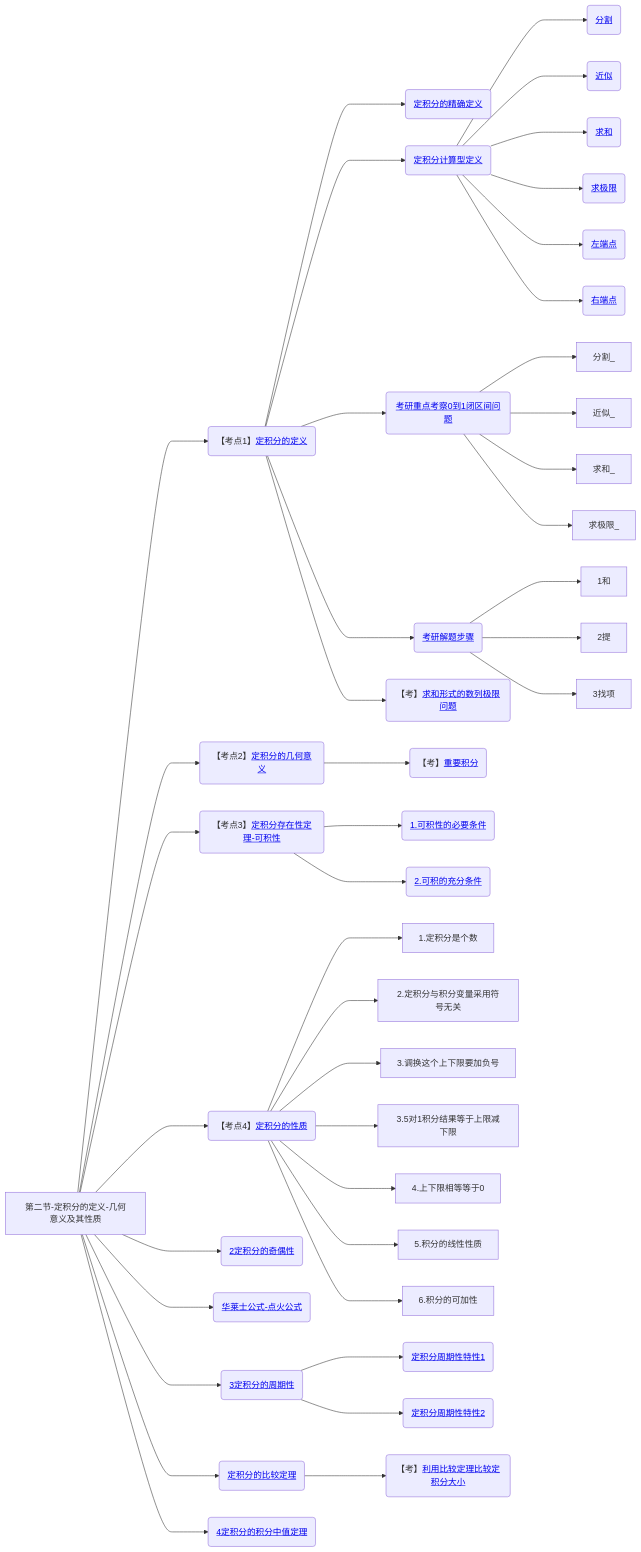
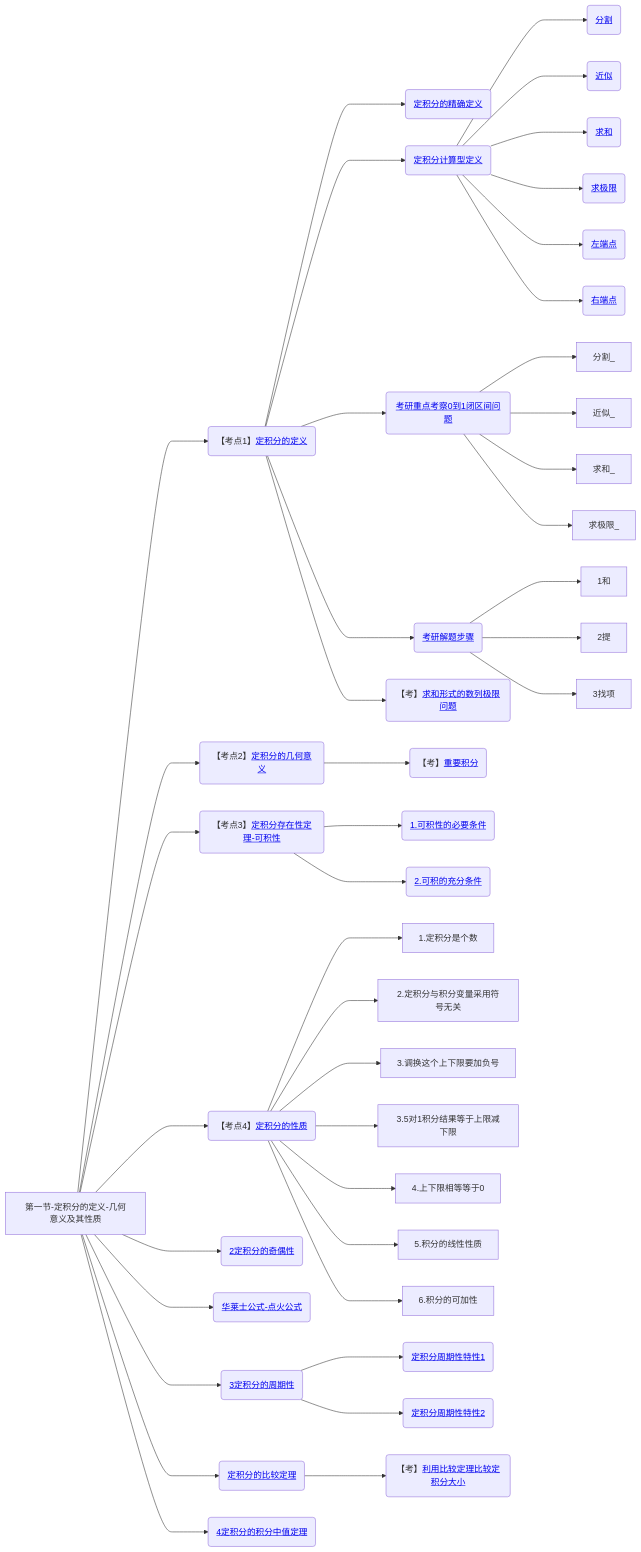
One commit to yuebinghui/note changed diagram 19 of 20 in 笔记/数学/周洋鑫/01.基础班思维导图.md. Above: the diagram before and after it, drawn with Mermaid. The commit also changed other lines of this file and 4 other files, not shown here.

````diff
--- a/笔记/数学/周洋鑫/01.基础班思维导图.md
+++ b/笔记/数学/周洋鑫/01.基础班思维导图.md
@@ -694,60 +694,60 @@
 ```mermaid
 graph LR
-第二节-定积分的定义-几何意义及其性质
+第一节-定积分的定义-几何意义及其性质
 
-第二节-定积分的定义-几何意义及其性质--->定积分的定义(【考点1】<a href="/Users/yuebinghui/Documents/program/github/note/笔记/数学/周洋鑫/基础班/21.定积分的定义.md#定积分的定义">定积分的定义</>)
+第一节-定积分的定义-几何意义及其性质--->定积分的定义(【考点1】<a href="/Users/yuebinghui/Documents/program/github/note/笔记/数学/周洋鑫/基础班/21.定积分的定义.md#定积分的定义">定积分的定义</>)
 
 定积分的定义--->定积分的精确定义(<a href="/Users/yuebinghui/Documents/program/github/note/笔记/数学/周洋鑫/基础班/21.定积分的定义.md#定积分的精确定义">定积分的精确定义</>)
 定积分的精确定义
 定积分的定义--->定积分计算型定义(<a href="/Users/yuebinghui/Documents/program/github/note/笔记/数学/周洋鑫/基础班/21.定积分的定义.md#定积分计算型定义">定积分计算型定义</>)
 定积分计算型定义--->分割(<a href="/Users/yuebinghui/Documents/program/github/note/笔记/数学/周洋鑫/基础班/21.定积分的定义.md#分割">分割</>)
 定积分计算型定义--->近似(<a href="/Users/yuebinghui/Documents/program/github/note/笔记/数学/周洋鑫/基础班/21.定积分的定义.md#近似">近似</>)
 定积分计算型定义--->求和(<a href="/Users/yuebinghui/Documents/program/github/note/笔记/数学/周洋鑫/基础班/21.定积分的定义.md#求和">求和</>)
 定积分计算型定义--->求极限(<a href="/Users/yuebinghui/Documents/program/github/note/笔记/数学/周洋鑫/基础班/21.定积分的定义.md#求极限">求极限</>)
 定积分计算型定义--->左端点(<a href="/Users/yuebinghui/Documents/program/github/note/笔记/数学/周洋鑫/基础班/21.定积分的定义.md#左端点">左端点</>)
 定积分计算型定义--->右端点(<a href="/Users/yuebinghui/Documents/program/github/note/笔记/数学/周洋鑫/基础班/21.定积分的定义.md#右端点">右端点</>)
 
 定积分的定义--->考研重点考察0到1闭区间问题(<a href="/Users/yuebinghui/Documents/program/github/note/笔记/数学/周洋鑫/基础班/21.定积分的定义.md#考研重点考察0到1闭区间问题">考研重点考察0到1闭区间问题</>)
 考研重点考察0到1闭区间问题--->分割_
 考研重点考察0到1闭区间问题--->近似_
 考研重点考察0到1闭区间问题--->求和_
 考研重点考察0到1闭区间问题--->求极限_
 
 定积分的定义--->考研解题步骤(<a href="/Users/yuebinghui/Documents/program/github/note/笔记/数学/周洋鑫/基础班/21.定积分的定义.md#考研解题步骤">考研解题步骤</>)
 考研解题步骤--->1和
 考研解题步骤--->2提
 考研解题步骤--->3找项
 
 定积分的定义--->求和形式的数列极限问题(【考】<a href="/Users/yuebinghui/Documents/program/github/note/笔记/数学/周洋鑫/基础班/21.定积分的定义.md#求和形式的数列极限问题">求和形式的数列极限问题</>)
 
-第二节-定积分的定义-几何意义及其性质--->定积分的几何意义(【考点2】<a href="/Users/yuebinghui/Documents/program/github/note/笔记/数学/周洋鑫/基础班/21.定积分的定义.md#定积分的几何意义">定积分的几何意义</>)
+第一节-定积分的定义-几何意义及其性质--->定积分的几何意义(【考点2】<a href="/Users/yuebinghui/Documents/program/github/note/笔记/数学/周洋鑫/基础班/21.定积分的定义.md#定积分的几何意义">定积分的几何意义</>)
 定积分的几何意义--->重要积分(【考】<a href="/Users/yuebinghui/Documents/program/github/note/笔记/数学/周洋鑫/基础班/21.定积分的定义.md#重要积分">重要积分</>)
 
-第二节-定积分的定义-几何意义及其性质--->定积分存在性定理-可积性(【考点3】<a href="/Users/yuebinghui/Documents/program/github/note/笔记/数学/周洋鑫/基础班/21.定积分的定义.md#定积分存在性定理-可积性">定积分存在性定理-可积性</>)
+第一节-定积分的定义-几何意义及其性质--->定积分存在性定理-可积性(【考点3】<a href="/Users/yuebinghui/Documents/program/github/note/笔记/数学/周洋鑫/基础班/21.定积分的定义.md#定积分存在性定理-可积性">定积分存在性定理-可积性</>)
 定积分存在性定理-可积性--->1.可积性的必要条件(<a href="/Users/yuebinghui/Documents/program/github/note/笔记/数学/周洋鑫/基础班/21.定积分的定义.md#1.可积性的必要条件">1.可积性的必要条件</>)
 定积分存在性定理-可积性--->2.可积的充分条件(<a href="/Users/yuebinghui/Documents/program/github/note/笔记/数学/周洋鑫/基础班/21.定积分的定义.md#2.可积的充分条件">2.可积的充分条件</>)
 
 
-第二节-定积分的定义-几何意义及其性质--->定积分的性质(【考点4】<a href="/Users/yuebinghui/Documents/program/github/note/笔记/数学/周洋鑫/基础班/21.定积分的定义.md#定积分的性质">定积分的性质</>)
+第一节-定积分的定义-几何意义及其性质--->定积分的性质(【考点4】<a href="/Users/yuebinghui/Documents/program/github/note/笔记/数学/周洋鑫/基础班/21.定积分的定义.md#定积分的性质">定积分的性质</>)
 
 定积分的性质--->1.定积分是个数
 定积分的性质--->2.定积分与积分变量采用符号无关
 定积分的性质--->3.调换这个上下限要加负号
 定积分的性质--->3.5对1积分结果等于上限减下限
 定积分的性质--->4.上下限相等等于0
 定积分的性质--->5.积分的线性性质
 定积分的性质--->6.积分的可加性
-第二节-定积分的定义-几何意义及其性质--->2定积分的奇偶性(<a href="/Users/yuebinghui/Documents/program/github/note/笔记/数学/周洋鑫/基础班/22.定积分的性质.md#2定积分的奇偶性">2定积分的奇偶性</>)
+第一节-定积分的定义-几何意义及其性质--->2定积分的奇偶性(<a href="/Users/yuebinghui/Documents/program/github/note/笔记/数学/周洋鑫/基础班/22.定积分的性质.md#2定积分的奇偶性">2定积分的奇偶性</>)
 
-第二节-定积分的定义-几何意义及其性质--->华莱士公式-点火公式(<a href="/Users/yuebinghui/Documents/program/github/note/笔记/数学/周洋鑫/基础班/22.定积分的性质.md#华莱士公式-点火公式">华莱士公式-点火公式</>)
+第一节-定积分的定义-几何意义及其性质--->华莱士公式-点火公式(<a href="/Users/yuebinghui/Documents/program/github/note/笔记/数学/周洋鑫/基础班/22.定积分的性质.md#华莱士公式-点火公式">华莱士公式-点火公式</>)
 
-第二节-定积分的定义-几何意义及其性质--->3定积分的周期性(<a href="/Users/yuebinghui/Documents/program/github/note/笔记/数学/周洋鑫/基础班/22.定积分的性质.md#3定积分的周期性">3定积分的周期性</>)
+第一节-定积分的定义-几何意义及其性质--->3定积分的周期性(<a href="/Users/yuebinghui/Documents/program/github/note/笔记/数学/周洋鑫/基础班/22.定积分的性质.md#3定积分的周期性">3定积分的周期性</>)
 
 3定积分的周期性--->定积分周期性特性1(<a href="/Users/yuebinghui/Documents/program/github/note/笔记/数学/周洋鑫/基础班/22.定积分的性质.md#定积分周期性特性1">定积分周期性特性1</>)
 3定积分的周期性--->定积分周期性特性2(<a href="/Users/yuebinghui/Documents/program/github/note/笔记/数学/周洋鑫/基础班/22.定积分的性质.md#定积分周期性特性2">定积分周期性特性2</>)
 
-第二节-定积分的定义-几何意义及其性质--->定积分的比较定理(<a href="/Users/yuebinghui/Documents/program/github/note/笔记/数学/周洋鑫/基础班/22.定积分的性质.md#定积分的比较定理">定积分的比较定理</>)
+第一节-定积分的定义-几何意义及其性质--->定积分的比较定理(<a href="/Users/yuebinghui/Documents/program/github/note/笔记/数学/周洋鑫/基础班/22.定积分的性质.md#定积分的比较定理">定积分的比较定理</>)
 定积分的比较定理--->利用比较定理比较定积分大小(【考】<a href="/Users/yuebinghui/Documents/program/github/note/笔记/数学/周洋鑫/基础班/22.定积分的性质.md#利用比较定理比较定积分大小">利用比较定理比较定积分大小</>)
 
-第二节-定积分的定义-几何意义及其性质--->4定积分的积分中值定理(<a href="/Users/yuebinghui/Documents/program/github/note/笔记/数学/周洋鑫/基础班/22.定积分的性质.md#4定积分的积分中值定理">4定积分的积分中值定理</>)
+第一节-定积分的定义-几何意义及其性质--->4定积分的积分中值定理(<a href="/Users/yuebinghui/Documents/program/github/note/笔记/数学/周洋鑫/基础班/22.定积分的性质.md#4定积分的积分中值定理">4定积分的积分中值定理</>)
 ```
````
